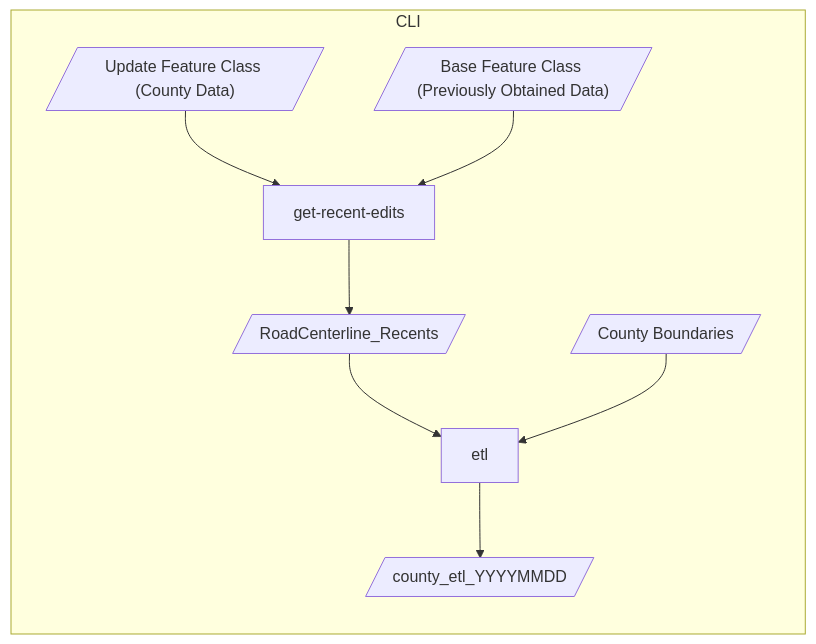
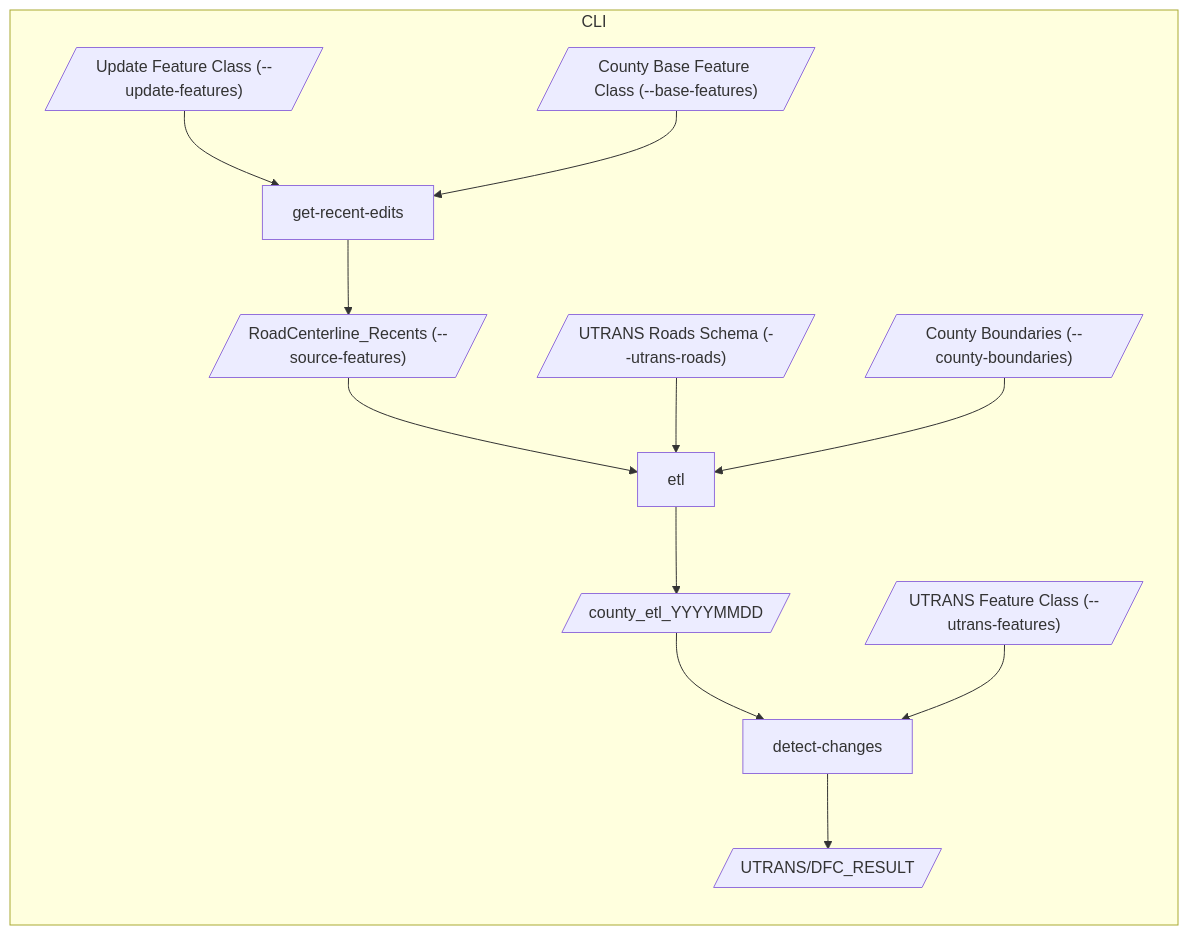
Before and after one commit to agrc/utrans-tools: the diagram in README.md, drawn with Mermaid. The commit also changed 5 other files, not shown here.

````diff
--- a/README.md
+++ b/README.md
@@ -17,12 +17,18 @@
 ```mermaid
 flowchart TD
   subgraph CLI
     direction TB
-    updateFeatureClass@{ shape: lean-r , label: "Update Feature Class (County Data)"} --> get-recent-edits
-    baseFeatureClass@{ shape: lean-r , label: "Base Feature Class (Previously Obtained Data)"} --> get-recent-edits
-    get-recent-edits --> RoadCenterline_Recents@{ shape: lean-r}
-    RoadCenterline_Recents --> etl
-    countyBoundaries@{ shape: lean-r, label: "County Boundaries" } --> etl
+    updateFeatureClass@{ shape: lean-r , label: "Update Feature Class (--update-features)"} --> getRecentEdits["get-recent-edits"]
+    countyBaseFeatureClass@{ shape: lean-r , label: "County Base Feature Class (--base-features)"} --> getRecentEdits
+    getRecentEdits --> RoadCenterline_Recents@{ shape: lean-r , label: "RoadCenterline_Recents (--source-features)"}
+
+    RoadCenterline_Recents --> etl["etl"]
+    utransRoads@{ shape: lean-r , label: "UTRANS Roads Schema (--utrans-roads)"} --> etl
+    countyBoundaries@{ shape: lean-r , label: "County Boundaries (--county-boundaries)"} --> etl
     etl --> etlOutput@{ shape: lean-r , label: "county_etl_YYYYMMDD"}
+
+    etlOutput --> detectChanges["detect-changes"]
+    utransBaseFeatureClass@{ shape: lean-r , label: "UTRANS Feature Class (--utrans-features)"} --> detectChanges
+    detectChanges --> productionDfc@{ shape: lean-r , label: "UTRANS/DFC_RESULT"}
   end
 ```
````
